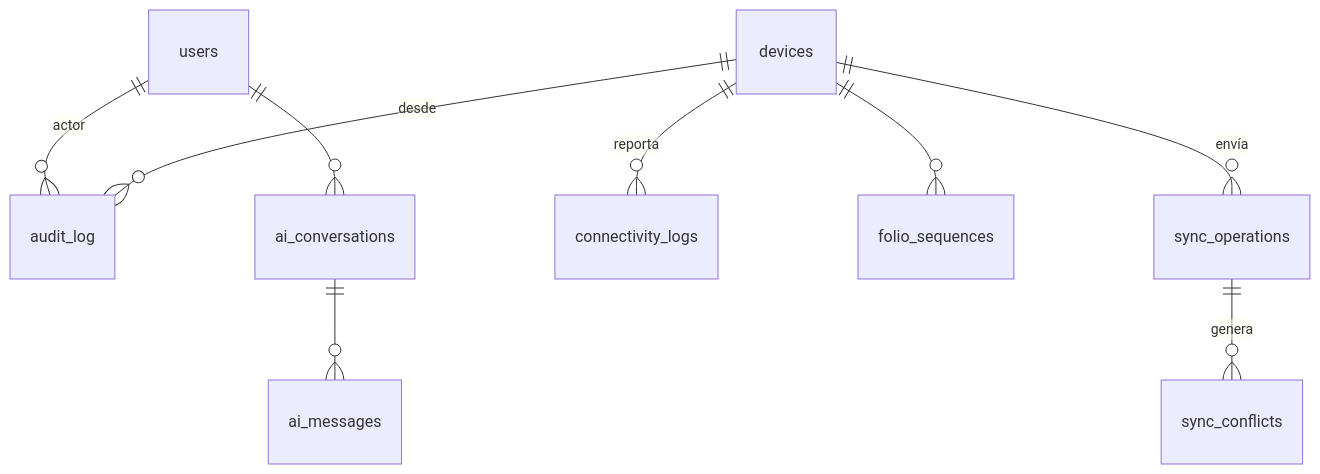
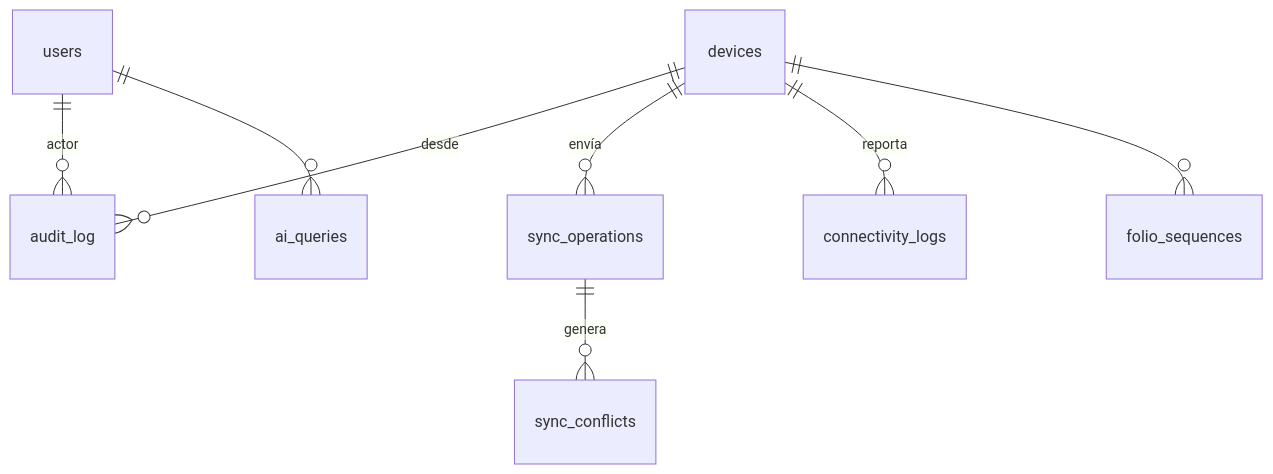
The sixth of 6 diagrams in Docs/07-modelo-de-datos.md (PabloReyes1/mise-by-rengo), drawn with Mermaid before and after one commit. The commit also changed other lines of this file and 103 other files, not shown here.

````diff
--- a/Docs/07-modelo-de-datos.md
+++ b/Docs/07-modelo-de-datos.md
@@ -111,11 +110,10 @@
 ```mermaid
 erDiagram
     users ||--o{ audit_log : actor
     devices ||--o{ audit_log : desde
     devices ||--o{ sync_operations : envía
     sync_operations ||--o{ sync_conflicts : genera
     devices ||--o{ connectivity_logs : reporta
     devices ||--o{ folio_sequences : ""
-    users ||--o{ ai_conversations : ""
-    ai_conversations ||--o{ ai_messages : ""
+    users ||--o{ ai_queries : ""
 ```
````
